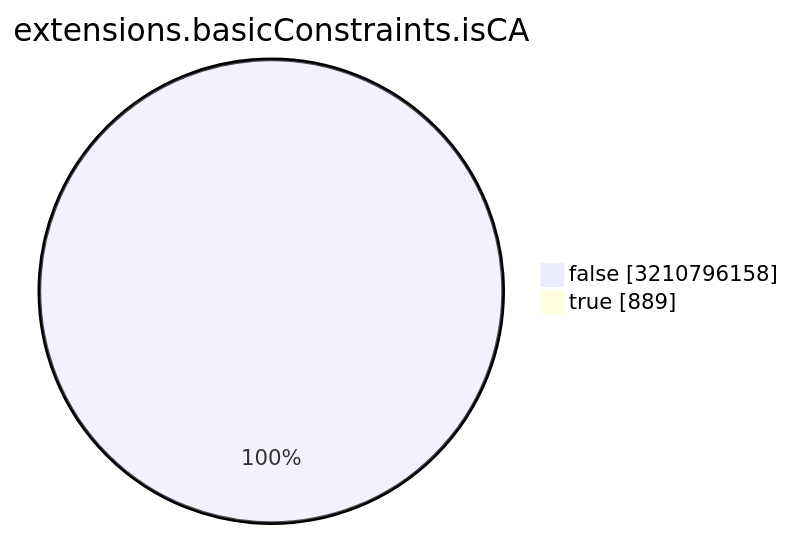
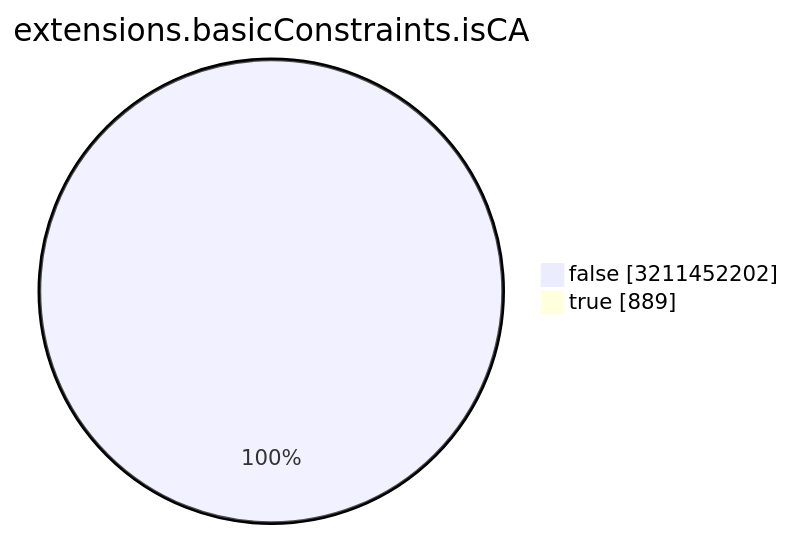
Before and after one commit to christiankrug/ctmonitor_visualization: the seventh of 15 diagrams in TOTAL/README.md, drawn with Mermaid. The commit also changed other lines of this file, not shown here.

````diff
--- a/TOTAL/README.md
+++ b/TOTAL/README.md
@@ -3088,6 +3088,6 @@
 ```mermaid
 pie showData
 title extensions.basicConstraints.isCA
-"false" :3210796158
+"false" :3211452202
 "true" :889
 ```
````
